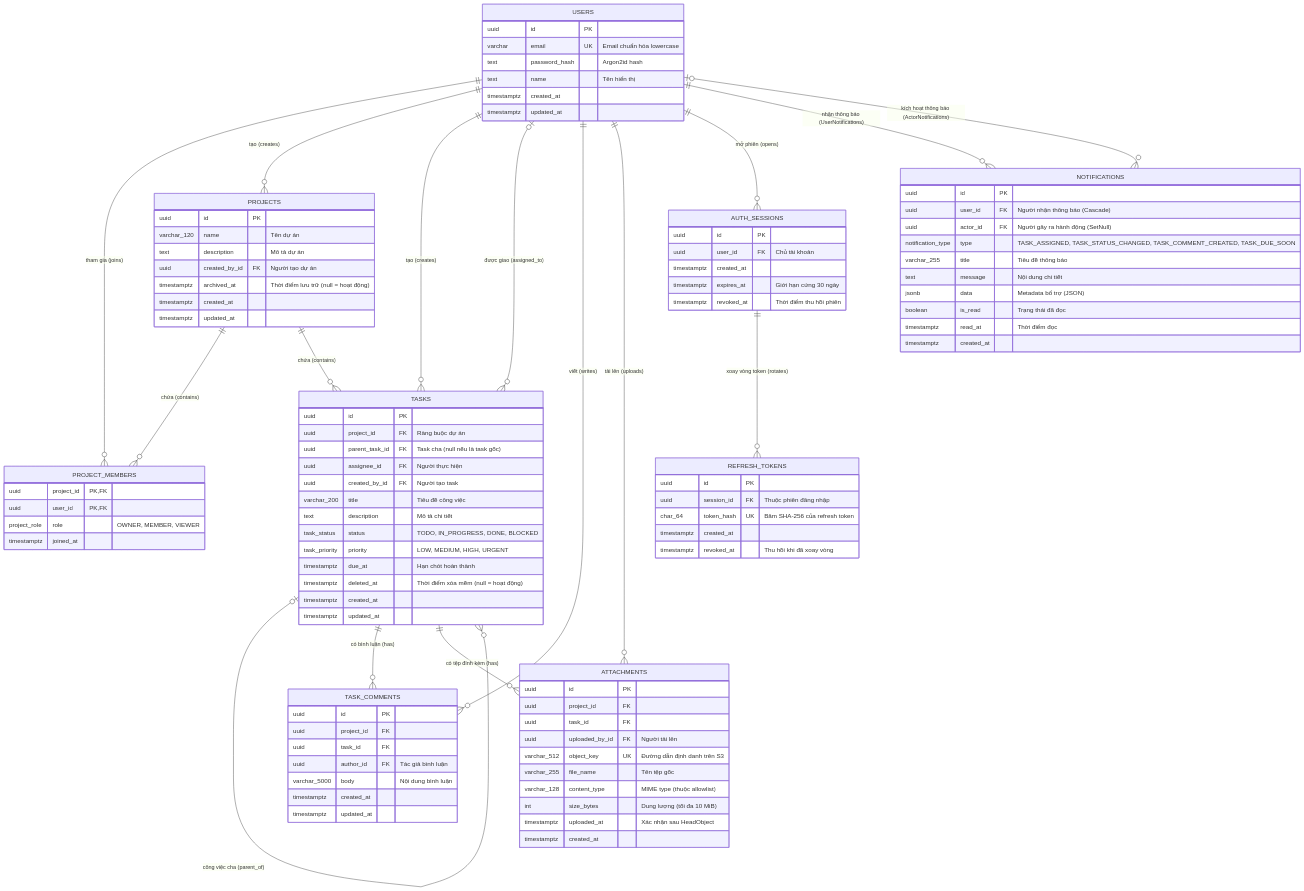
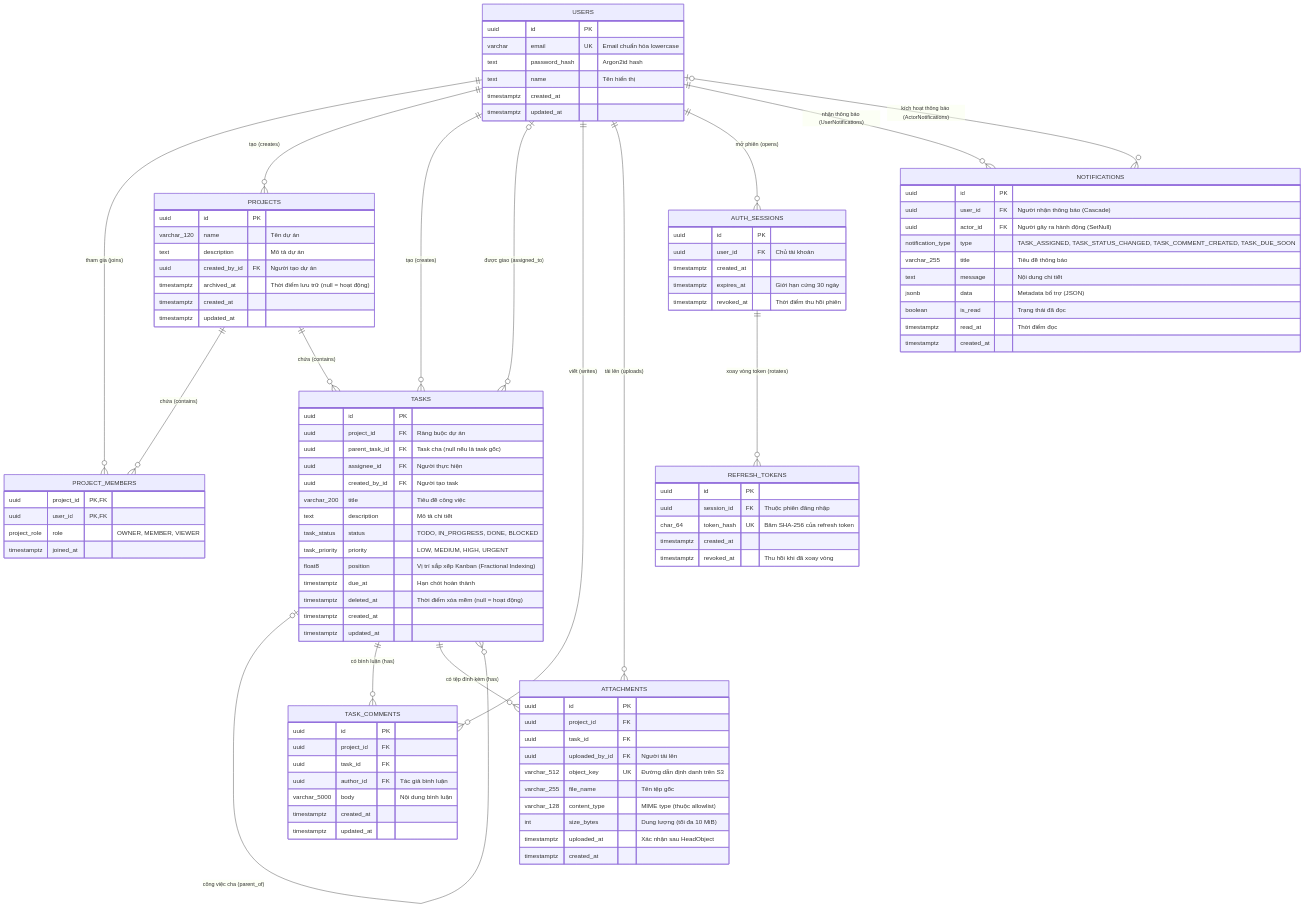
One commit to Vu-Trung-Kien/taskflow changed the diagram in docs/architecture/database.md. Above: the diagram before and after it, drawn with Mermaid. The commit also changed 74 other files, not shown here.

```diff
--- a/docs/architecture/database.md
+++ b/docs/architecture/database.md
@@ -74,6 +74,7 @@
         text description "Mô tả chi tiết"
         task_status status "TODO, IN_PROGRESS, DONE, BLOCKED"
         task_priority priority "LOW, MEDIUM, HIGH, URGENT"
+        float8 position "Vị trí sắp xếp Kanban (Fractional Indexing)"
         timestamptz due_at "Hạn chót hoàn thành"
         timestamptz deleted_at "Thời điểm xóa mềm (null = hoạt động)"
         timestamptz created_at
```
